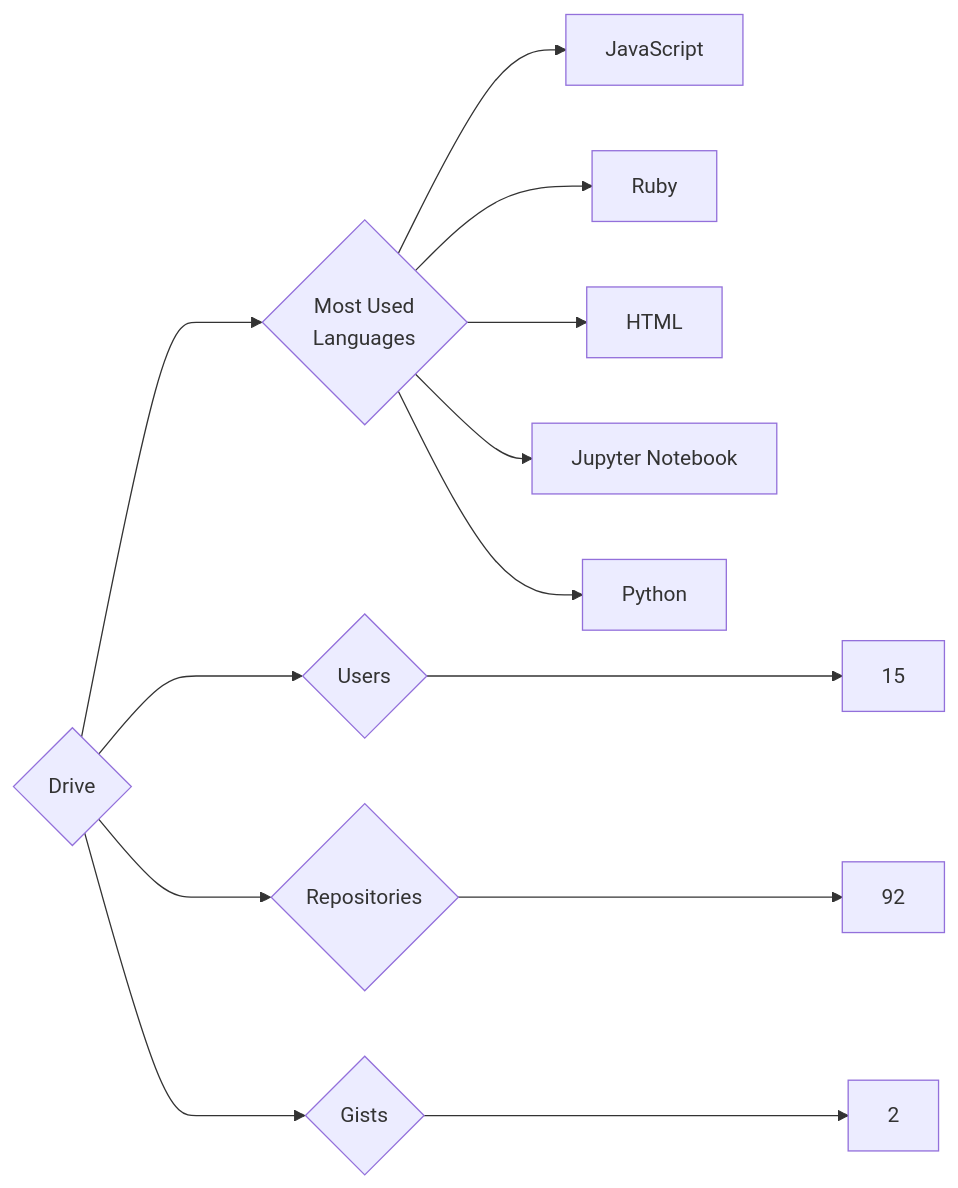
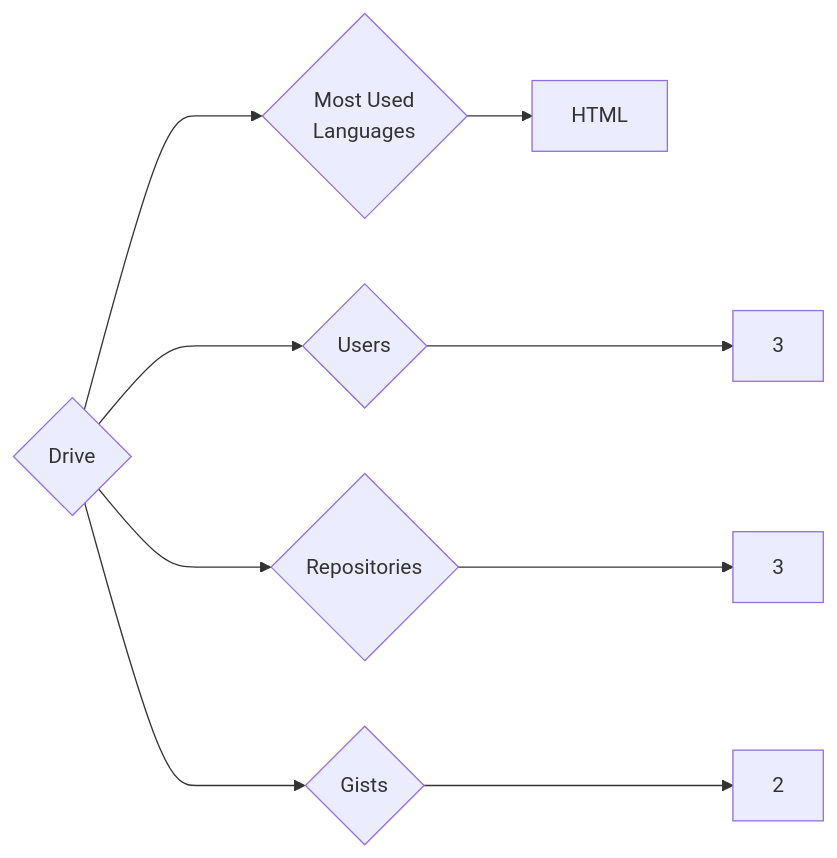
Before and after one commit to trickest/insiders: the diagram in targets/Drive/README.md, drawn with Mermaid. The commit also changed 553 other files, not shown here.

````diff
--- a/targets/Drive/README.md
+++ b/targets/Drive/README.md
@@ -3,13 +3,9 @@
 ```mermaid
 graph LR
 COMPANY_NAME{Drive}
-COMPANY_NAME ---> U{Users} ---> UN[15]
-COMPANY_NAME ---> R{Repositories} ---> RN[92]
+COMPANY_NAME ---> U{Users} ---> UN[3]
+COMPANY_NAME ---> R{Repositories} ---> RN[3]
 COMPANY_NAME ---> G{Gists} ---> GN[2]
 COMPANY_NAME ---> ML{Most Used<br>Languages}
-ML --> JavaScript[JavaScript]
-ML --> Ruby[Ruby]
 ML --> HTML[HTML]
-ML --> Jupyter_Notebook[Jupyter Notebook]
-ML --> Python[Python]
 ```
````
